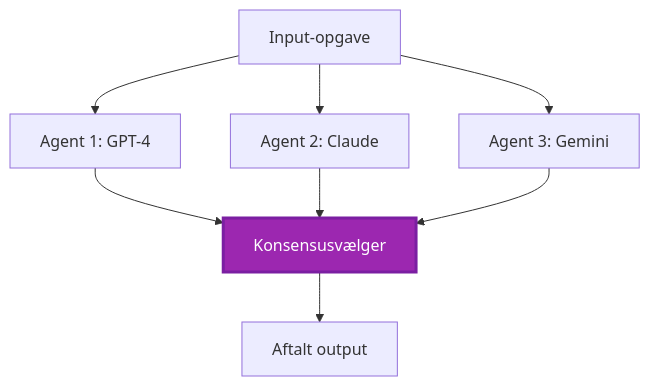
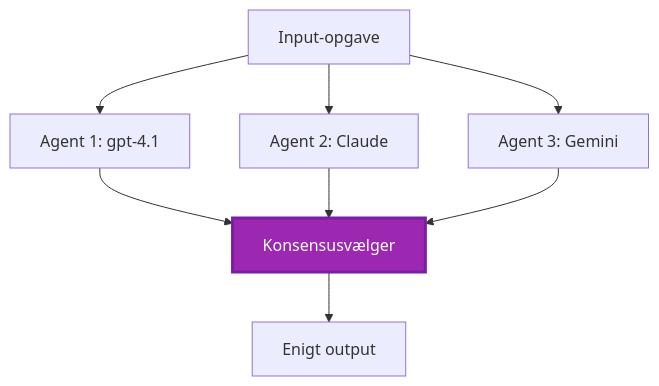
One commit to microsoft/AZD-for-beginners changed the fourth of 5 diagrams in translations/da/docs/chapter-06-pre-deployment/coordination-patterns.md. Above: the diagram before and after it, drawn with Mermaid. The commit also changed other lines of this file and 101 other files, not shown here.

````diff
--- a/translations/da/docs/chapter-06-pre-deployment/coordination-patterns.md
+++ b/translations/da/docs/chapter-06-pre-deployment/coordination-patterns.md
@@ -231,19 +225,19 @@
 ```mermaid
 graph TB
     Input[Input-opgave]
-    Agent1[Agent 1: GPT-4]
+    Agent1[Agent 1: gpt-4.1]
     Agent2[Agent 2: Claude]
     Agent3[Agent 3: Gemini]
     Voter[Konsensusvælger]
-    Output[Aftalt output]
+    Output[Enigt output]
     
     Input --> Agent1
     Input --> Agent2
     Input --> Agent3
     Agent1 --> Voter
     Agent2 --> Voter
     Agent3 --> Voter
     Voter --> Output
     
     style Voter fill:#9C27B0,stroke:#7B1FA2,stroke-width:3px,color:#fff
 ```
````
